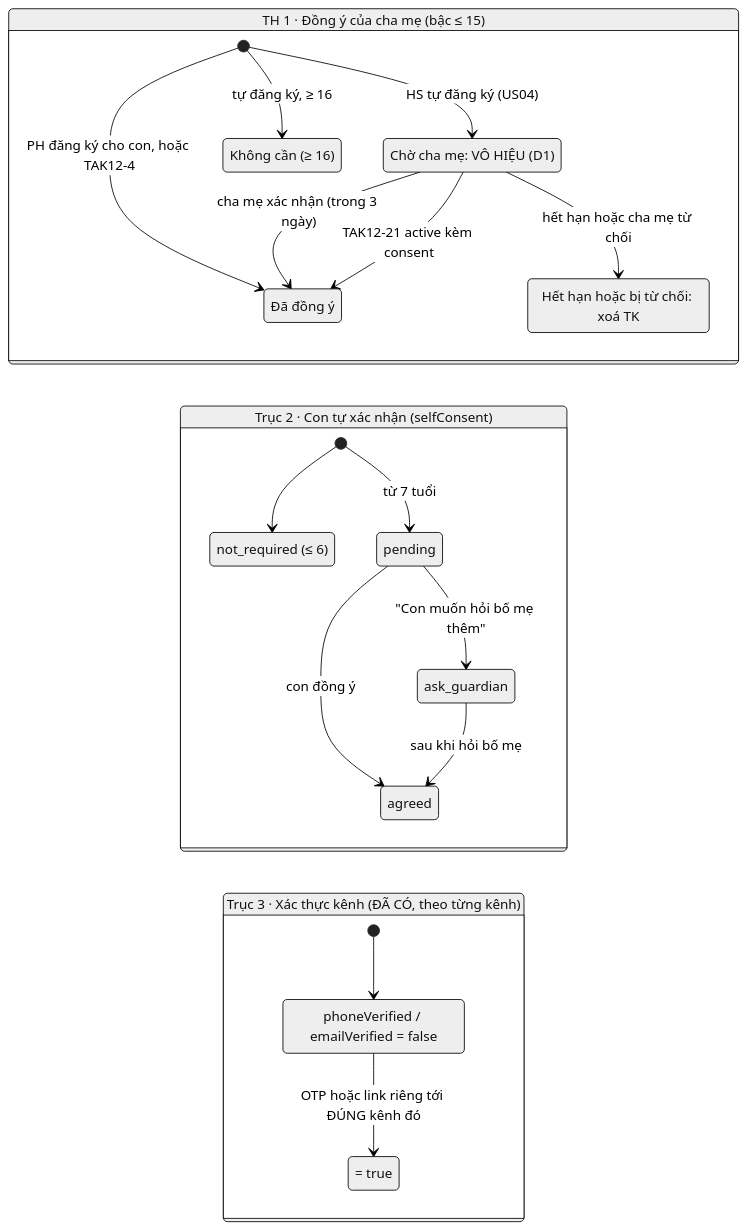
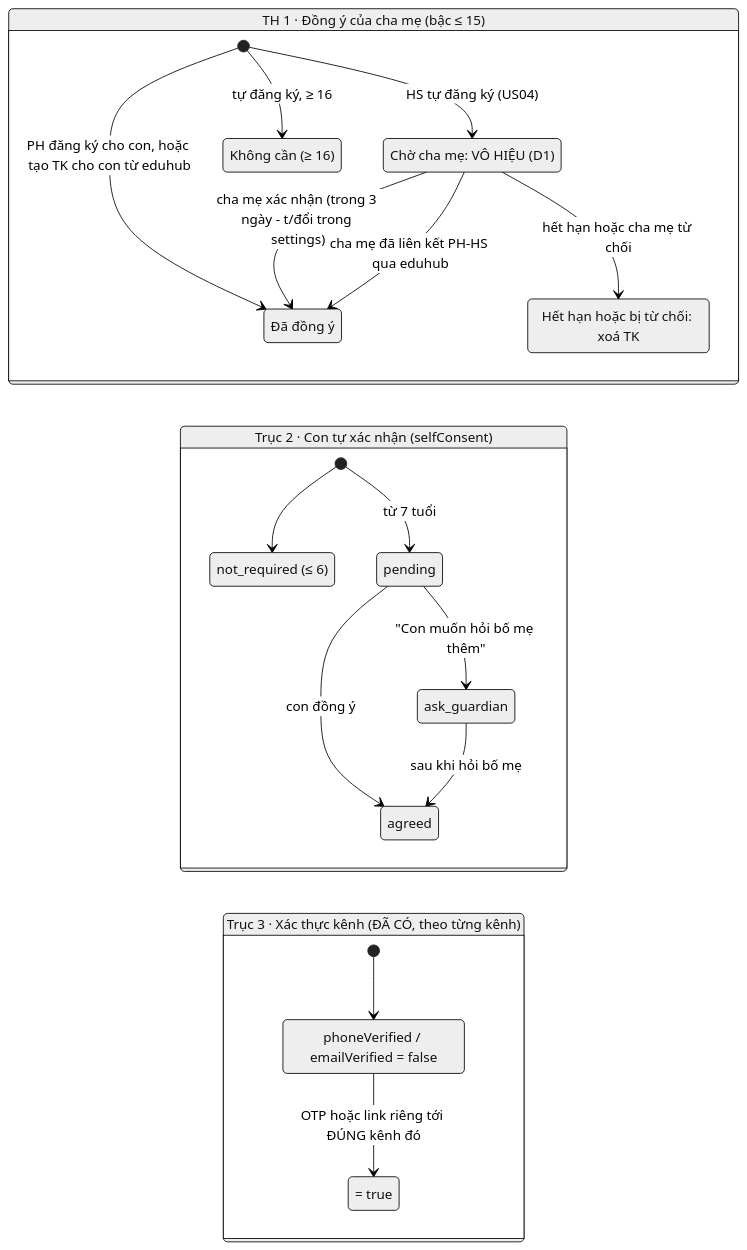
One commit to riddle-bash/tak12-eduhub-consent-flow changed the second of 8 diagrams in features-design.md. Above: the diagram before and after it, drawn with Mermaid (neutral theme). The commit also changed other lines of this file, not shown here.

````diff
--- a/features-design.md
+++ b/features-design.md
@@ -56,34 +56,34 @@
 ```mermaid
 stateDiagram-v2
   direction LR
   state "TH 1 · Đồng ý của cha mẹ (bậc ≤ 15)" as G {
     state "Chờ cha mẹ: VÔ HIỆU (D1)" as P
     state "Đã đồng ý" as V
     state "Không cần (≥ 16)" as NR
     state "Hết hạn hoặc bị từ chối: xoá TK" as X
     [*] --> P: HS tự đăng ký (US04)
-    [*] --> V: PH đăng ký cho con, hoặc TAK12-4
+    [*] --> V: PH đăng ký cho con, hoặc tạo TK cho con từ eduhub
     [*] --> NR: tự đăng ký, ≥ 16
-    P --> V: cha mẹ xác nhận (trong 3 ngày)
-    P --> V: TAK12-21 active kèm consent
+    P --> V: cha mẹ xác nhận (trong 3 ngày - t/đổi trong settings)
+    P --> V: cha mẹ đã liên kết PH-HS qua eduhub
     P --> X: hết hạn hoặc cha mẹ từ chối
   }
   state "Trục 2 · Con tự xác nhận (selfConsent)" as S {
     state "not_required (≤ 6)" as SN
     state "pending" as SP
     state "agreed" as SA
     state "ask_guardian" as SG
     [*] --> SN
     [*] --> SP: từ 7 tuổi
     SP --> SA: con đồng ý
     SP --> SG: "Con muốn hỏi bố mẹ thêm"
     SG --> SA: sau khi hỏi bố mẹ
   }
   state "Trục 3 · Xác thực kênh (ĐÃ CÓ, theo từng kênh)" as C {
     state "phoneVerified / emailVerified = false" as U
     state "= true" as Ve
     [*] --> U
     U --> Ve: OTP hoặc link riêng tới ĐÚNG kênh đó
   }
   
 ```
````
